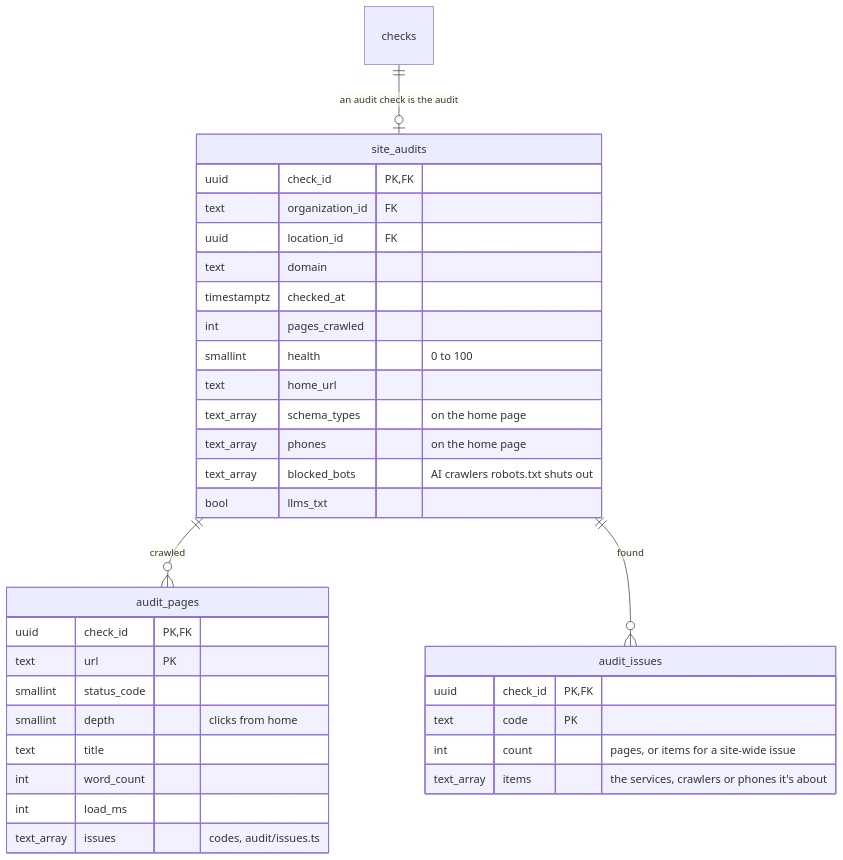
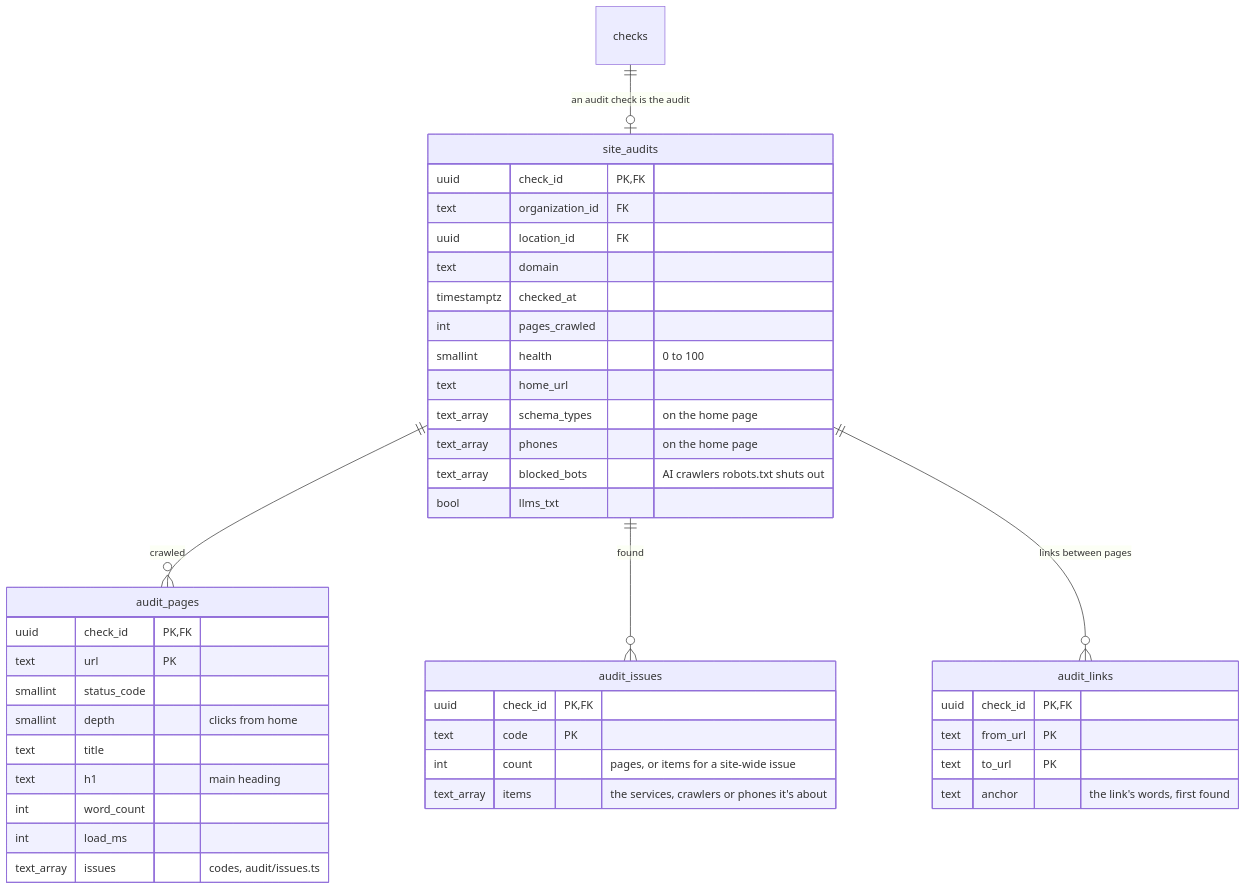
The eighth of 10 diagrams in docs/features/seo/data-model.md (azizali/openmarko), drawn with Mermaid before and after one commit. The commit also changed other lines of this file and 32 other files, not shown here.

First line of the commit message:
feat(seo): key pages in the Site audit, with the links to add to them

````diff
--- a/docs/features/seo/data-model.md
+++ b/docs/features/seo/data-model.md
@@ -383,37 +402,45 @@
 ```mermaid
 erDiagram
     checks ||--o| site_audits : "an audit check is the audit"
     site_audits ||--o{ audit_pages : "crawled"
     site_audits ||--o{ audit_issues : "found"
+    site_audits ||--o{ audit_links : "links between pages"
 
     site_audits {
         uuid check_id PK,FK
         text organization_id FK
         uuid location_id FK
         text domain
         timestamptz checked_at
         int pages_crawled
         smallint health "0 to 100"
         text home_url
         text_array schema_types "on the home page"
         text_array phones "on the home page"
         text_array blocked_bots "AI crawlers robots.txt shuts out"
         bool llms_txt
     }
     audit_pages {
         uuid check_id PK,FK
         text url PK
         smallint status_code
         smallint depth "clicks from home"
         text title
+        text h1 "main heading"
         int word_count
         int load_ms
         text_array issues "codes, audit/issues.ts"
     }
     audit_issues {
         uuid check_id PK,FK
         text code PK
         int count "pages, or items for a site-wide issue"
         text_array items "the services, crawlers or phones it's about"
     }
+    audit_links {
+        uuid check_id PK,FK
+        text from_url PK
+        text to_url PK
+        text anchor "the link's words, first found"
+    }
 ```
````
